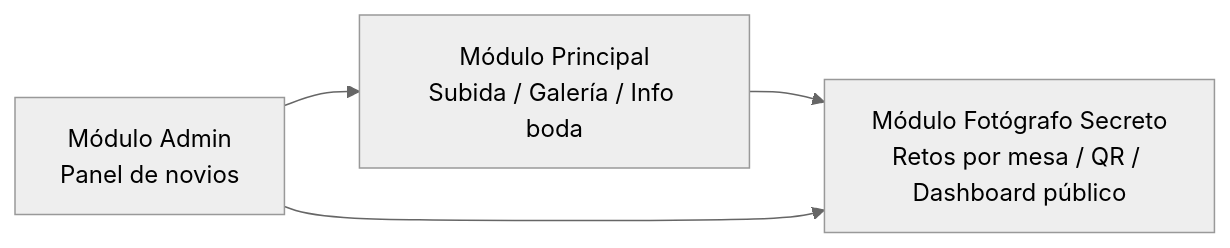
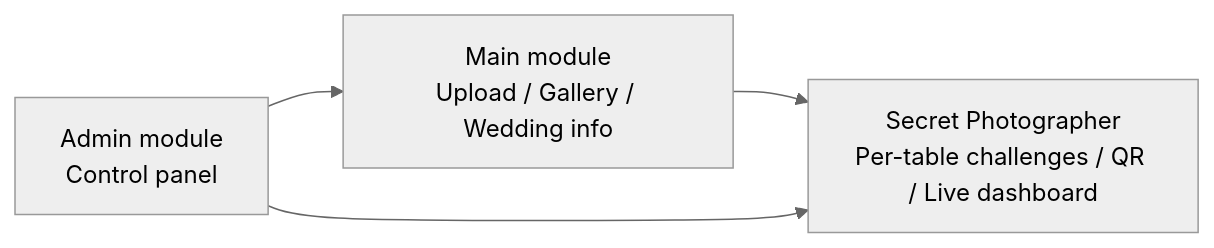
The second of 12 diagrams in README.md (juniornff/wedding-photo-manager), drawn with Mermaid (neutral theme) before and after one commit. The commit also changed other lines of this file and 10 other files, not shown here.

````diff
--- a/README.md
+++ b/README.md
@@ -64,10 +203,10 @@
 ```mermaid
 graph LR
-    MAIN[Módulo Principal<br/>Subida / Galería / Info boda]
-    FS[Módulo Fotógrafo Secreto<br/>Retos por mesa / QR / Dashboard público]
-    ADMIN[Módulo Admin<br/>Panel de novios]
+    MAIN[Main module<br/>Upload / Gallery / Wedding info]
+    FS[Secret Photographer<br/>Per-table challenges / QR / Live dashboard]
+    ADMIN[Admin module<br/>Control panel]
 
     MAIN --> FS
     ADMIN --> MAIN
     ADMIN --> FS
 ```
````
